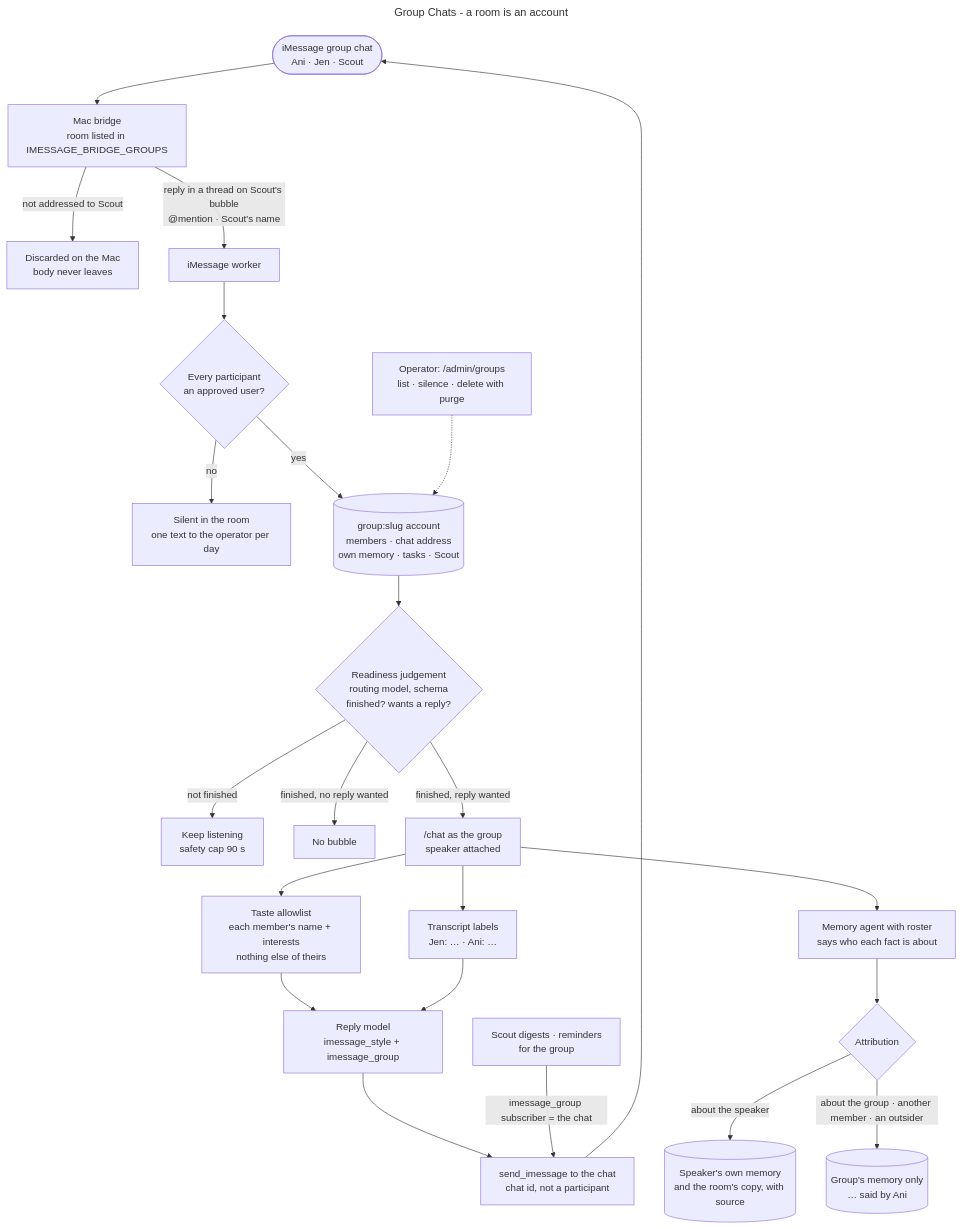
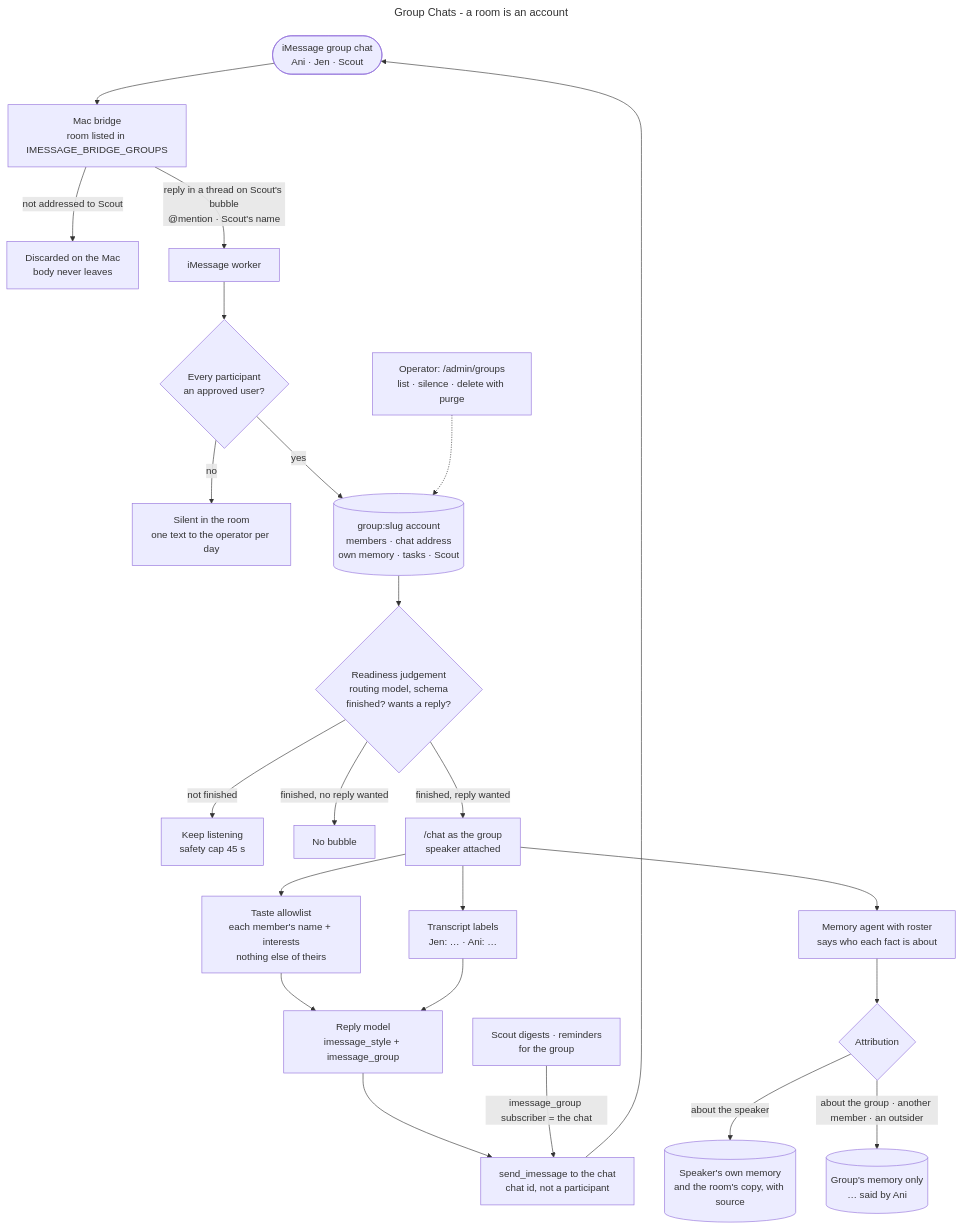
One commit to MallyaAni/PersonalAssistant changed the diagram in docs/diagrams/group-chats-subsystem.mmd. Above: the diagram before and after it, drawn with Mermaid. The commit also changed 17 other files, not shown here.

```diff
--- a/docs/diagrams/group-chats-subsystem.mmd
+++ b/docs/diagrams/group-chats-subsystem.mmd
@@ -1,26 +1,26 @@
 ---
 title: Group Chats - a room is an account
 ---
 flowchart TB
     Room(["iMessage group chat<br/>Ani · Jen · Scout"]) --> Bridge["Mac bridge<br/>room listed in IMESSAGE_BRIDGE_GROUPS"]
     Bridge -->|"not addressed to Scout"| Dropped["Discarded on the Mac<br/>body never leaves"]
     Bridge -->|"reply in a thread on Scout's bubble<br/>@mention · Scout's name"| Worker["iMessage worker"]
     Worker --> Wall{"Every participant<br/>an approved user?"}
     Wall -->|no| Quiet["Silent in the room<br/>one text to the operator per day"]
     Wall -->|yes| Group[("group:slug account<br/>members · chat address<br/>own memory · tasks · Scout")]
     Group --> Burst{"Readiness judgement<br/>routing model, schema<br/>finished? wants a reply?"}
-    Burst -->|"not finished"| Wait["Keep listening<br/>safety cap 90 s"]
+    Burst -->|"not finished"| Wait["Keep listening<br/>safety cap 45 s"]
     Burst -->|"finished, no reply wanted"| Silence["No bubble"]
     Burst -->|"finished, reply wanted"| Chat["/chat as the group<br/>speaker attached"]
     Chat --> Tastes["Taste allowlist<br/>each member's name + interests<br/>nothing else of theirs"]
     Chat --> Transcript["Transcript labels<br/>Jen: … · Ani: …"]
     Tastes --> Reply["Reply model<br/>imessage_style + imessage_group"]
     Transcript --> Reply
     Chat --> Memory["Memory agent with roster<br/>says who each fact is about"]
     Memory --> Owners{"Attribution"}
     Owners -->|"about the speaker"| Speaker[("Speaker's own memory<br/>and the room's copy, with source")]
     Owners -->|"about the group · another member · an outsider"| Shared[("Group's memory only<br/>… said by Ani")]
     Reply --> Deliver["send_imessage to the chat<br/>chat id, not a participant"]
     Deliver --> Room
     Scout["Scout digests · reminders<br/>for the group"] -->|"imessage_group subscriber = the chat"| Deliver
     Admin["Operator: /admin/groups<br/>list · silence · delete with purge"] -.-> Group
```
